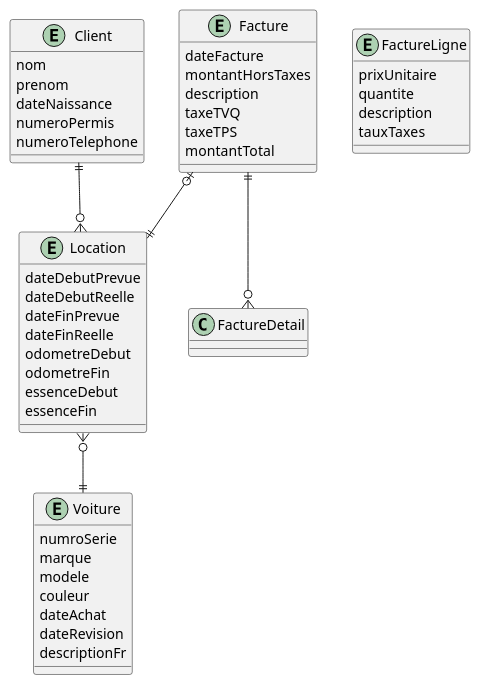
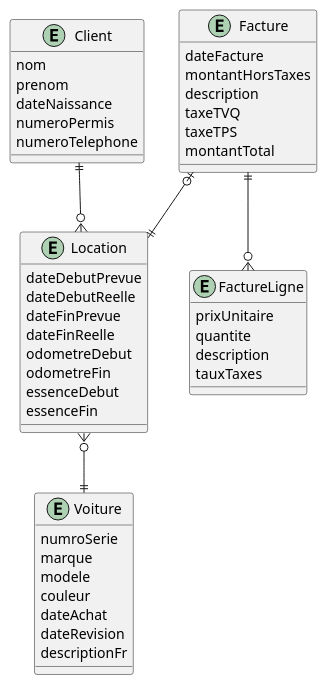
One commit to rparadiscsfoy/420-W34-SF-TP02 changed the diagram in ERD/car_reservation.wsd. Above: the diagram before and after it, drawn with PlantUML. The commit also changed 1 other file, not shown here.

```diff
--- a/ERD/car_reservation.wsd
+++ b/ERD/car_reservation.wsd
@@ -1,53 +1,53 @@
 @startuml erd_car_reservation_logique
 
 entity Voiture {
     numroSerie
     marque
     modele
     couleur
     dateAchat
     dateRevision
     descriptionFr
 }
 
 entity Location {
     dateDebutPrevue
     dateDebutReelle
     dateFinPrevue
     dateFinReelle
     odometreDebut
     odometreFin
     essenceDebut
     essenceFin
 }
 
 entity Client {
     nom
     prenom
     dateNaissance
     numeroPermis
     numeroTelephone
 }
 
 entity Facture {
     dateFacture
     montantHorsTaxes
     description
     taxeTVQ
     taxeTPS
     montantTotal
 }
 
 entity FactureLigne {
     prixUnitaire
     quantite
     description
     tauxTaxes
 }
 
 Client ||--o{ Location
 Location }o--|| Voiture
 Facture |o--|| Location
-Facture ||--o{ FactureDetail
+Facture ||--o{ FactureLigne
 
 @enduml
```
